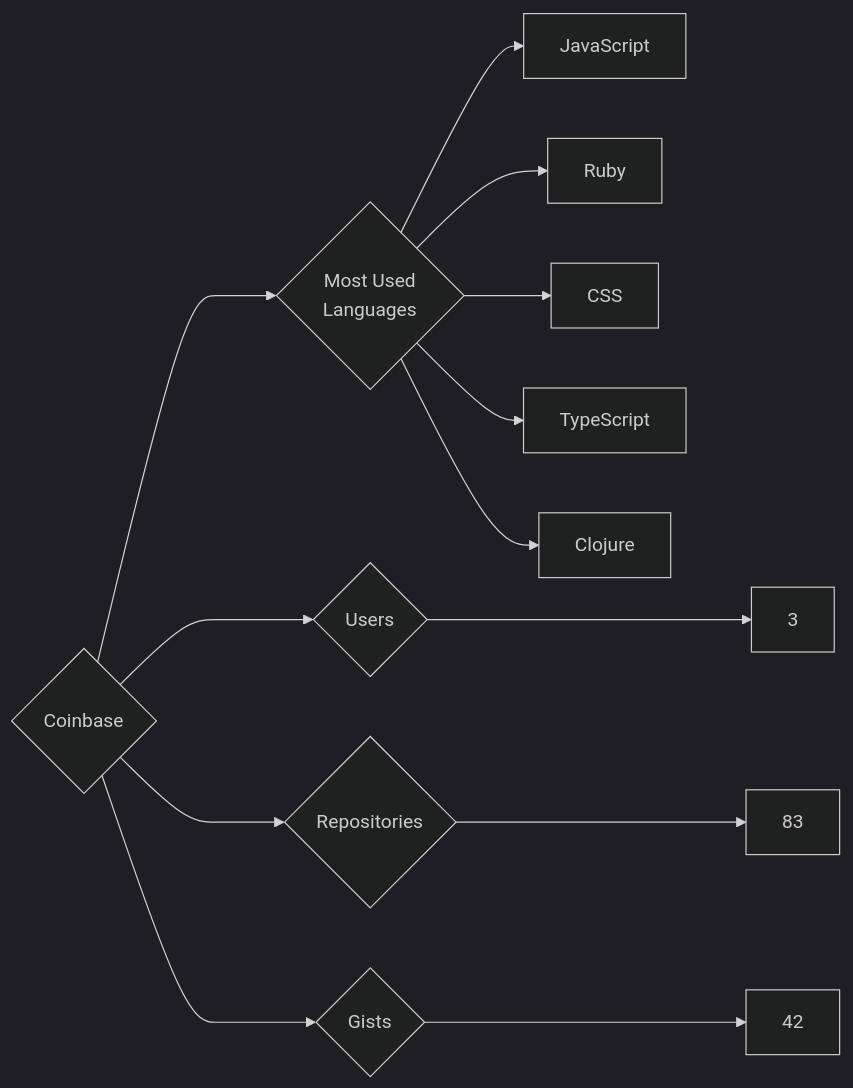
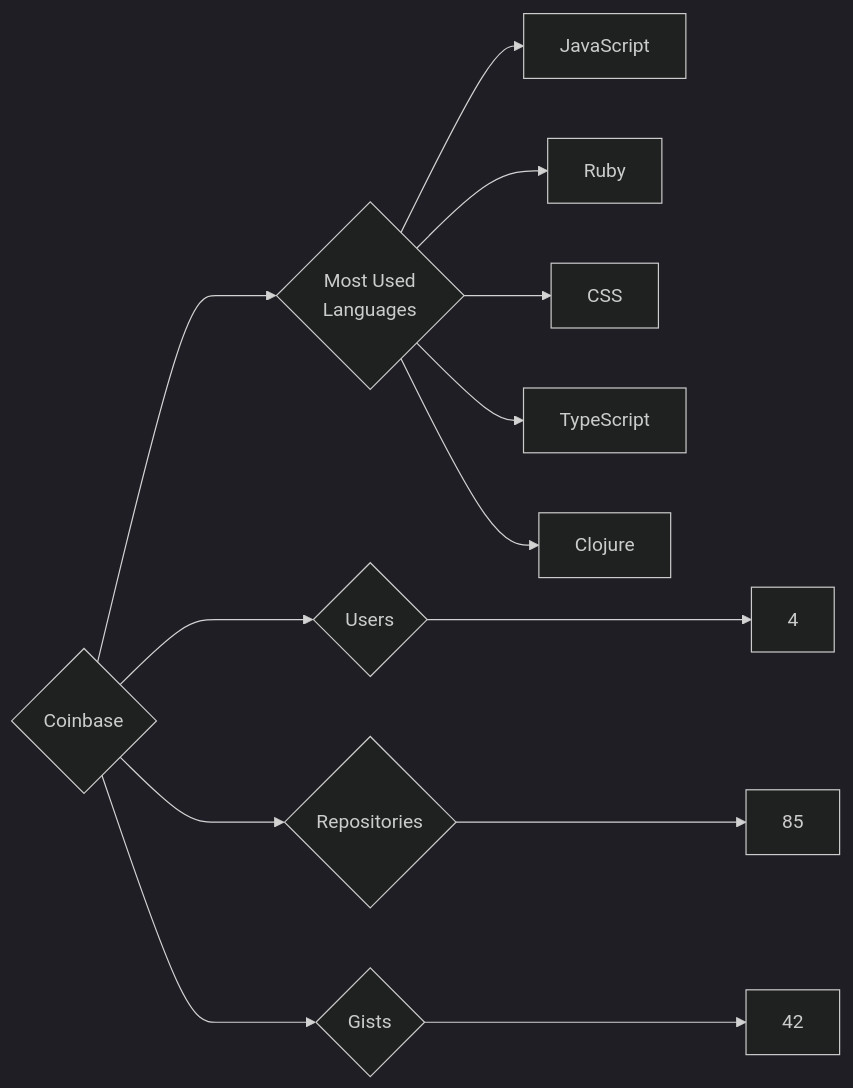
Before and after one commit to trickest/insiders: the diagram in targets/Coinbase/README.md, drawn with Mermaid (dark theme). The commit also changed 610 other files, not shown here.

````diff
--- a/targets/Coinbase/README.md
+++ b/targets/Coinbase/README.md
@@ -3,13 +3,13 @@
 ```mermaid
 graph LR
 COMPANY_NAME{Coinbase}
-COMPANY_NAME ---> U{Users} ---> UN[3]
-COMPANY_NAME ---> R{Repositories} ---> RN[83]
+COMPANY_NAME ---> U{Users} ---> UN[4]
+COMPANY_NAME ---> R{Repositories} ---> RN[85]
 COMPANY_NAME ---> G{Gists} ---> GN[42]
 COMPANY_NAME ---> ML{Most Used<br>Languages}
 ML --> JavaScript[JavaScript]
 ML --> Ruby[Ruby]
 ML --> CSS[CSS]
 ML --> TypeScript[TypeScript]
 ML --> Clojure[Clojure]
 ```
````
